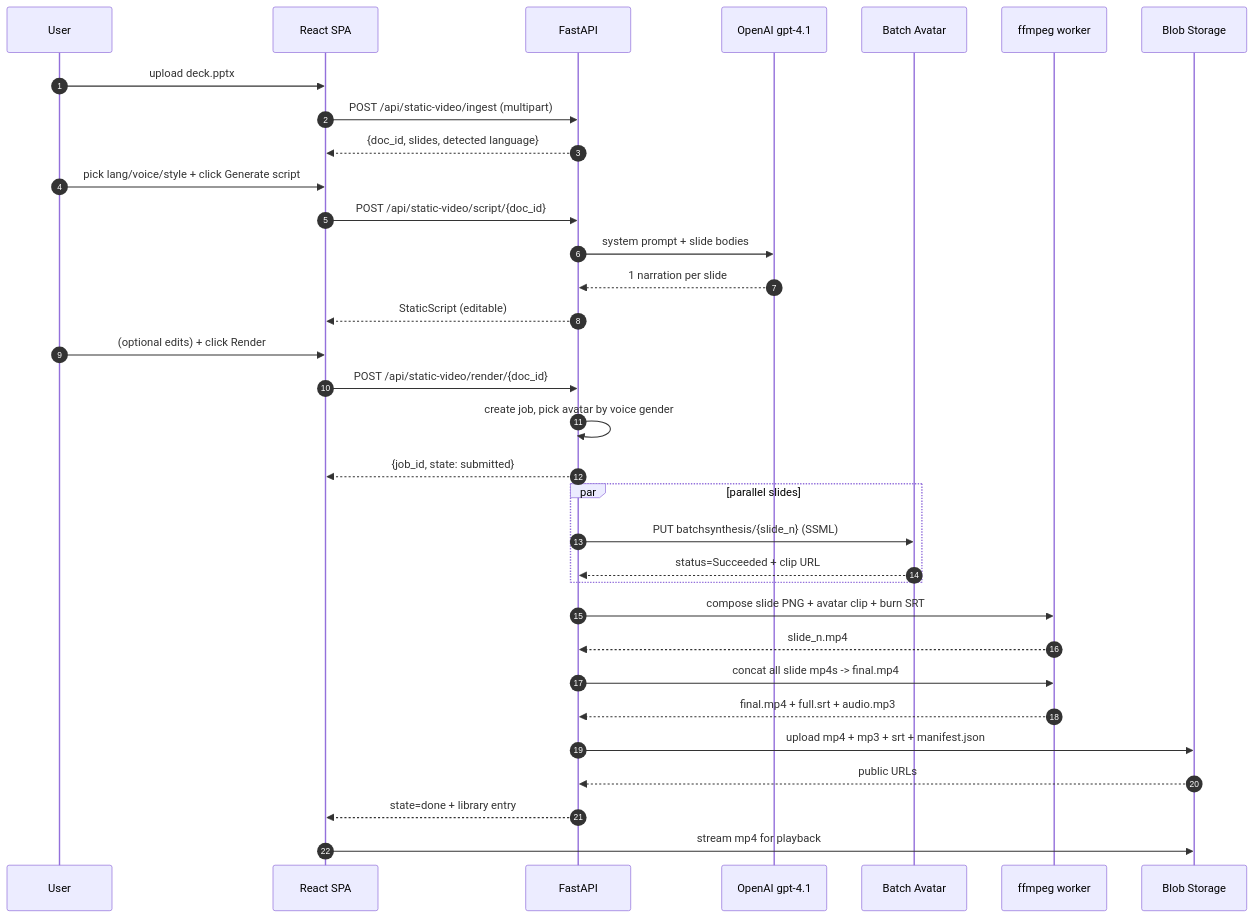
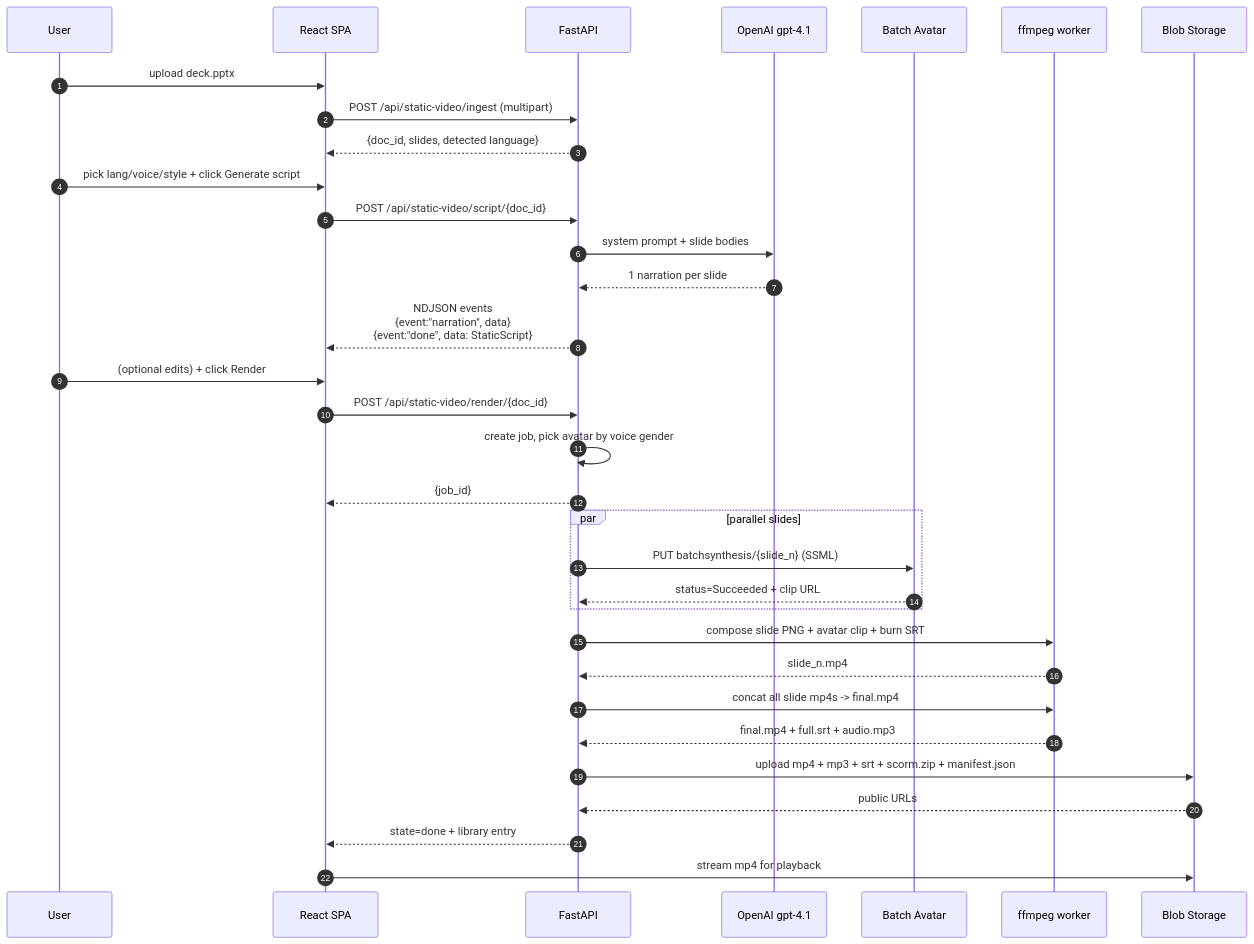
Before and after one commit to ozgurkarahan/ai-avatar-presenter: the third of 5 diagrams in docs/uc2-static-video.md, drawn with Mermaid. The commit also changed other lines of this file and 19 other files, not shown here.

````diff
--- a/docs/uc2-static-video.md
+++ b/docs/uc2-static-video.md
@@ -91,43 +91,43 @@
 ```mermaid
 sequenceDiagram
     autonumber
     participant U as User
     participant FE as React SPA
     participant API as FastAPI
     participant OAI as OpenAI gpt-4.1
     participant BA as Batch Avatar
     participant FF as ffmpeg worker
     participant BLOB as Blob Storage
 
     U->>FE: upload deck.pptx
     FE->>API: POST /api/static-video/ingest (multipart)
     API-->>FE: {doc_id, slides, detected language}
 
     U->>FE: pick lang/voice/style + click Generate script
     FE->>API: POST /api/static-video/script/{doc_id}
     API->>OAI: system prompt + slide bodies
     OAI-->>API: 1 narration per slide
-    API-->>FE: StaticScript (editable)
+    API-->>FE: NDJSON events<br/>{event:"narration", data}<br/>{event:"done", data: StaticScript}
 
     U->>FE: (optional edits) + click Render
     FE->>API: POST /api/static-video/render/{doc_id}
     API->>API: create job, pick avatar by voice gender
-    API-->>FE: {job_id, state: submitted}
+    API-->>FE: {job_id}
 
     par parallel slides
         API->>BA: PUT batchsynthesis/{slide_n} (SSML)
         BA-->>API: status=Succeeded + clip URL
     end
 
     API->>FF: compose slide PNG + avatar clip + burn SRT
     FF-->>API: slide_n.mp4
 
     API->>FF: concat all slide mp4s -> final.mp4
     FF-->>API: final.mp4 + full.srt + audio.mp3
 
-    API->>BLOB: upload mp4 + mp3 + srt + manifest.json
+    API->>BLOB: upload mp4 + mp3 + srt + scorm.zip + manifest.json
     BLOB-->>API: public URLs
     API-->>FE: state=done + library entry
 
     FE->>BLOB: stream mp4 for playback
 ```
````
